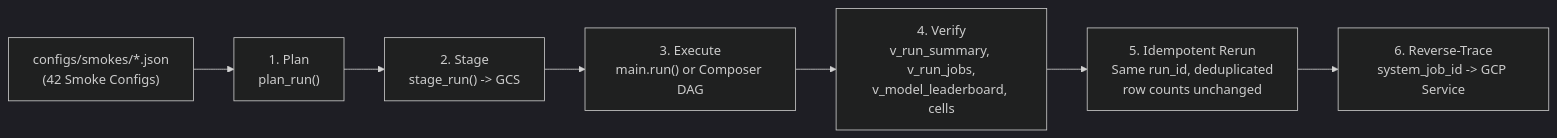
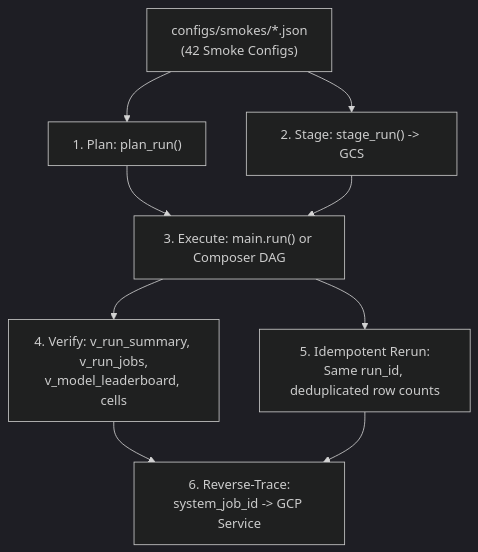
One commit to statmike/scale-forecasting changed the diagram in docs/smoke_testing.md. Above: the diagram before and after it, drawn with Mermaid (dark theme). The commit also changed 16 other files, not shown here.

Commit message:
docs: expand temporal reconciliation reference, fix GitHub MathJax & Mermaid aspect ratios, and add pre-commit tripwires

````diff
--- a/docs/smoke_testing.md
+++ b/docs/smoke_testing.md
@@ -10,9 +10,7 @@
 ```mermaid
-flowchart LR
-    Cfg["configs/smokes/*.json<br/>(42 Smoke Configs)"] --> Dry["1. Plan<br/>plan_run()"]
-    Dry --> Stage["2. Stage<br/>stage_run() -> GCS"]
-    Stage --> Run["3. Execute<br/>main.run() or Composer DAG"]
-    Run --> Verify["4. Verify<br/>v_run_summary, v_run_jobs,<br/>v_model_leaderboard, cells"]
-    Verify --> Rerun["5. Idempotent Rerun<br/>Same run_id, deduplicated<br/>row counts unchanged"]
-    Rerun --> Trace["6. Reverse-Trace<br/>system_job_id -> GCP Service"]
+flowchart TD
+    Cfg["configs/smokes/*.json<br/>(42 Smoke Configs)"] --> Dry["1. Plan: plan_run()"] & Stage["2. Stage: stage_run() -> GCS"]
+    Dry & Stage --> Run["3. Execute: main.run() or Composer DAG"]
+    Run --> Verify["4. Verify: v_run_summary, v_run_jobs,<br/>v_model_leaderboard, cells"] & Rerun["5. Idempotent Rerun:<br/>Same run_id, deduplicated row counts"]
+    Verify & Rerun --> Trace["6. Reverse-Trace:<br/>system_job_id -> GCP Service"]
 ```
````
